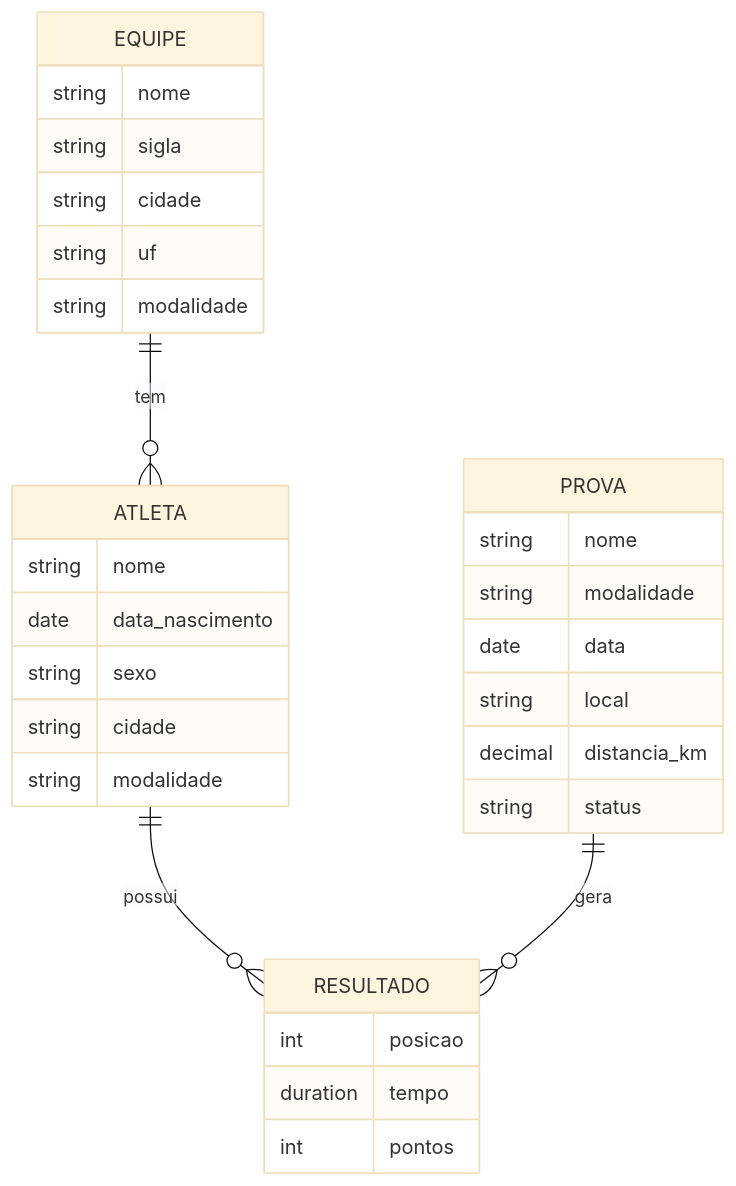
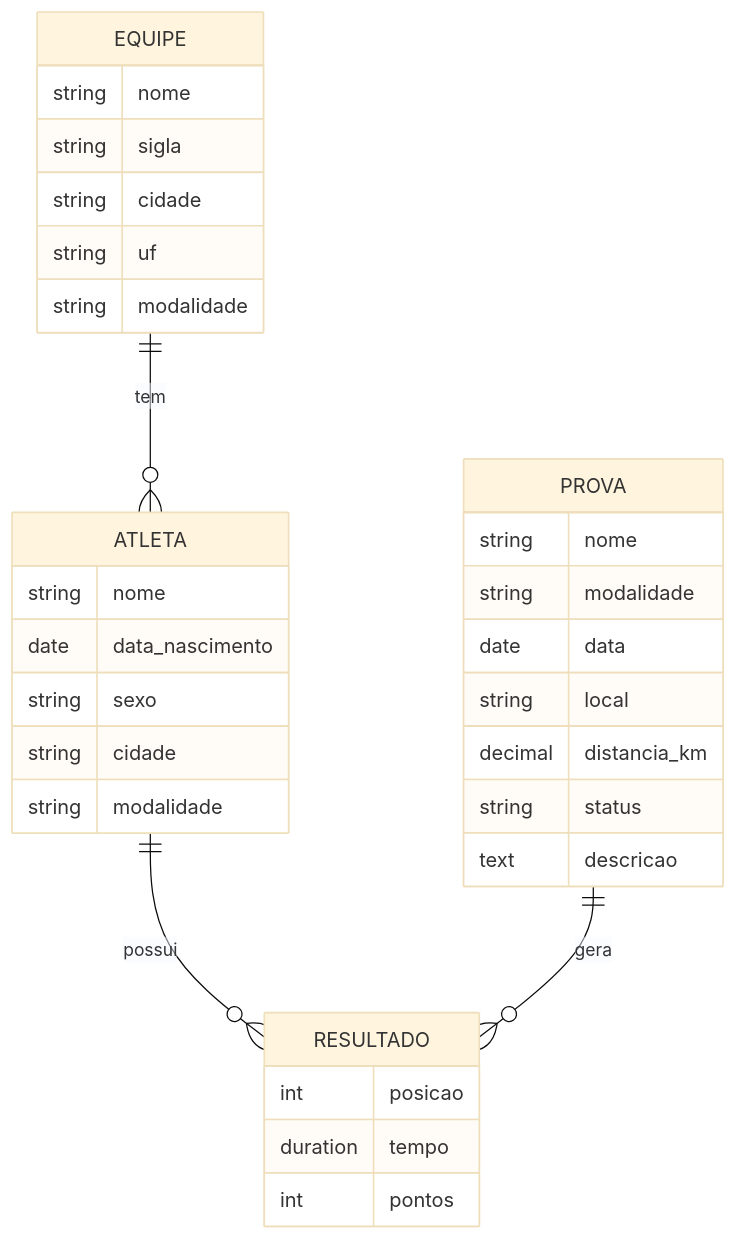
The diagram in docs/entidades.md (provatrack-dev/provatrack), drawn with Mermaid (base theme) before and after one commit. The commit also changed other lines of this file and 3 other files, not shown here.

````diff
--- a/docs/entidades.md
+++ b/docs/entidades.md
@@ -61,11 +62,11 @@
 ```mermaid
 erDiagram
     EQUIPE ||--o{ ATLETA : "tem"
     ATLETA ||--o{ RESULTADO : "possui"
     PROVA  ||--o{ RESULTADO : "gera"
 
     EQUIPE { string nome string sigla string cidade string uf string modalidade }
     ATLETA { string nome date data_nascimento string sexo string cidade string modalidade }
-    PROVA { string nome string modalidade date data string local decimal distancia_km string status }
+        PROVA { string nome string modalidade date data string local decimal distancia_km string status text descricao }
     RESULTADO { int posicao duration tempo int pontos }
 ```
````
